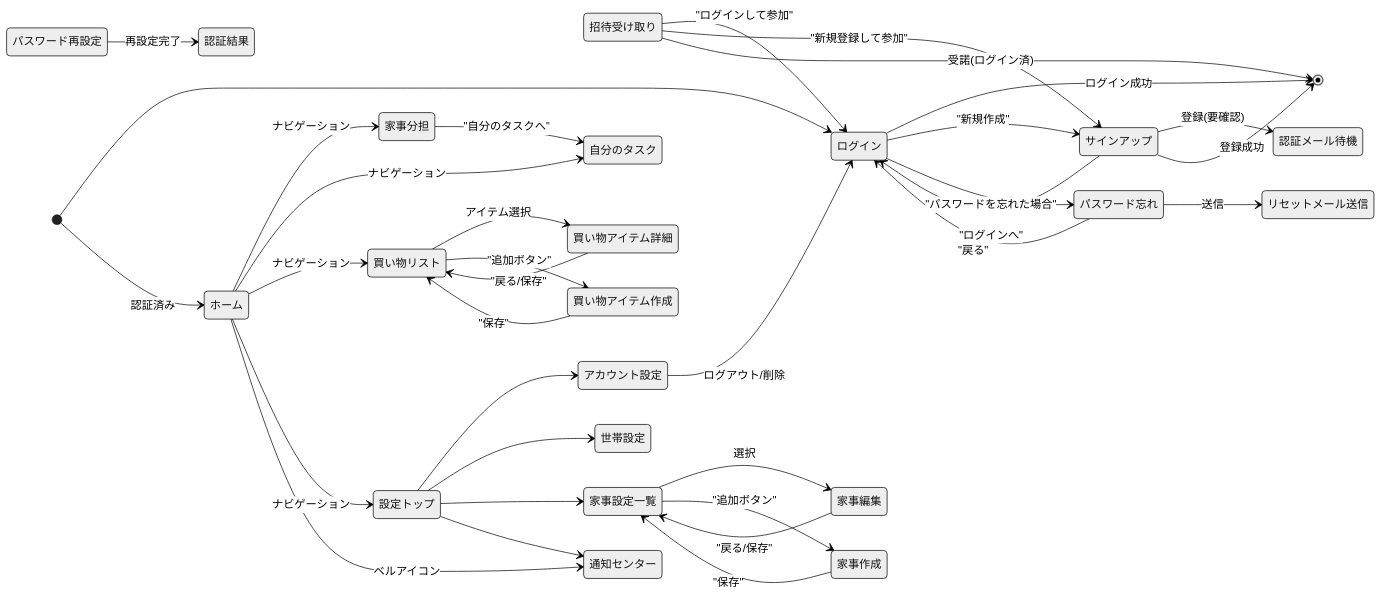
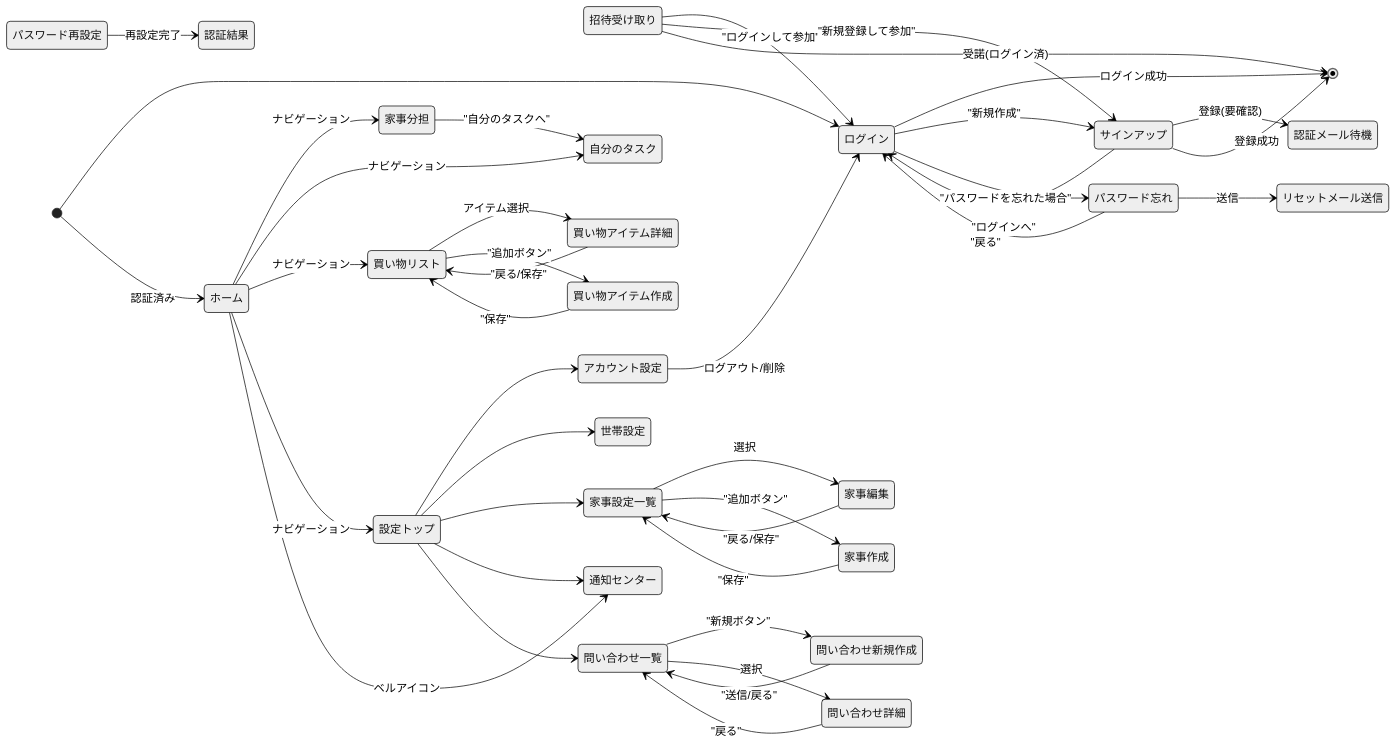
One commit to ryokkon624/hw-hub-frontend changed the diagram in doc/screens.md. Above: the diagram before and after it, drawn with Mermaid (neutral theme). The commit also changed other lines of this file and 2 other files, not shown here.

Commit message:
docs: add inquiry closes #60

````diff
--- a/doc/screens.md
+++ b/doc/screens.md
@@ -78,6 +81,9 @@
     state "家事編集" as HwEdit
     state "家事作成" as HwNew
     state "通知センター" as Notifications
+    state "問い合わせ一覧" as InquiryList
+    state "問い合わせ新規作成" as InquiryNew
+    state "問い合わせ詳細" as InquiryDetail
 
     [*] --> Home : 認証済み
 
@@ -110,4 +116,11 @@
     
     %% アカウント
     AccSettings --> Login : ログアウト/削除
+
+    %% 問い合わせ
+    Settings --> InquiryList
+    InquiryList --> InquiryNew : "新規ボタン"
+    InquiryList --> InquiryDetail : 選択
+    InquiryNew --> InquiryList : "送信/戻る"
+    InquiryDetail --> InquiryList : "戻る"
 ```
````
